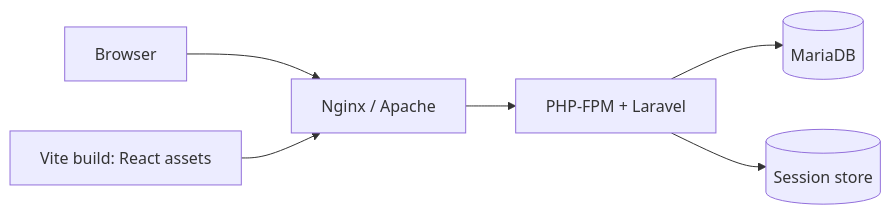
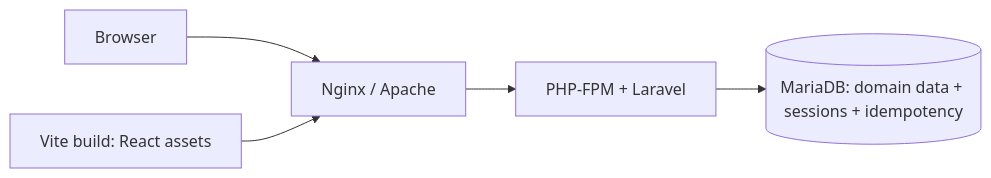
Before and after one commit to vansyhaluong/student-document-management: the second of 2 diagrams in docs/ARCHITECTURE.md, drawn with Mermaid. The commit also changed other lines of this file and 2 other files, not shown here.

````diff
--- a/docs/ARCHITECTURE.md
+++ b/docs/ARCHITECTURE.md
@@ -705,8 +741,7 @@
 ```mermaid
 flowchart LR
     Client[Browser] --> Proxy[Nginx / Apache]
     Proxy --> PHP[PHP-FPM + Laravel]
-    PHP --> DB[(MariaDB)]
-    PHP --> Session[(Session store)]
+    PHP --> DB[(MariaDB: domain data + sessions + idempotency)]
     Build[Vite build: React assets] --> Proxy
 ```
````
